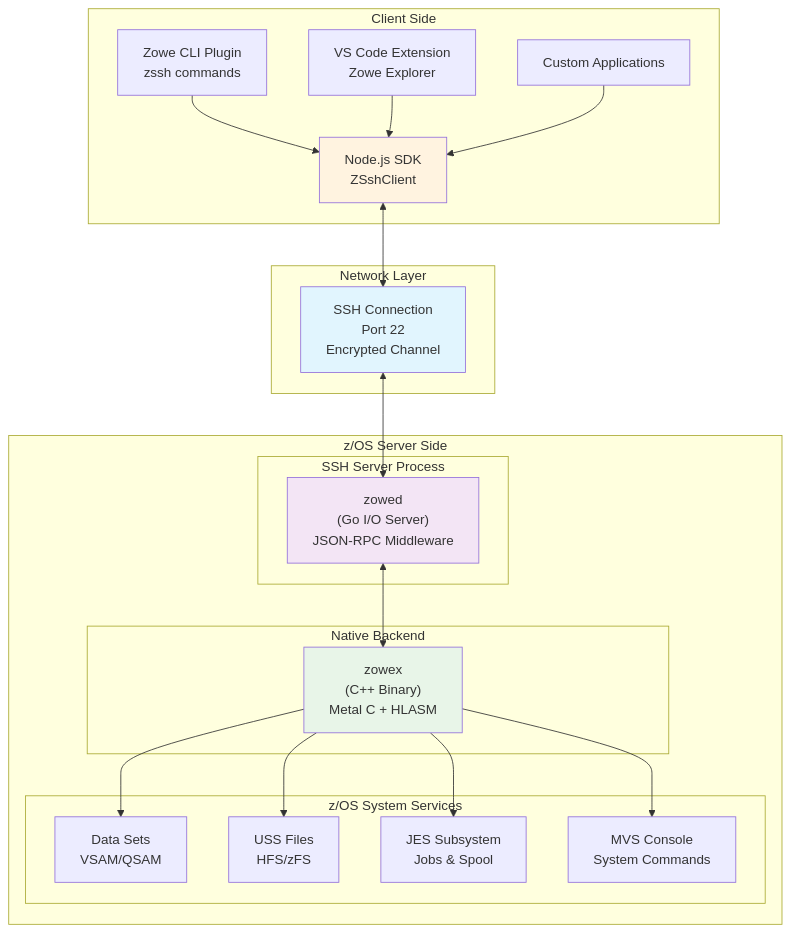
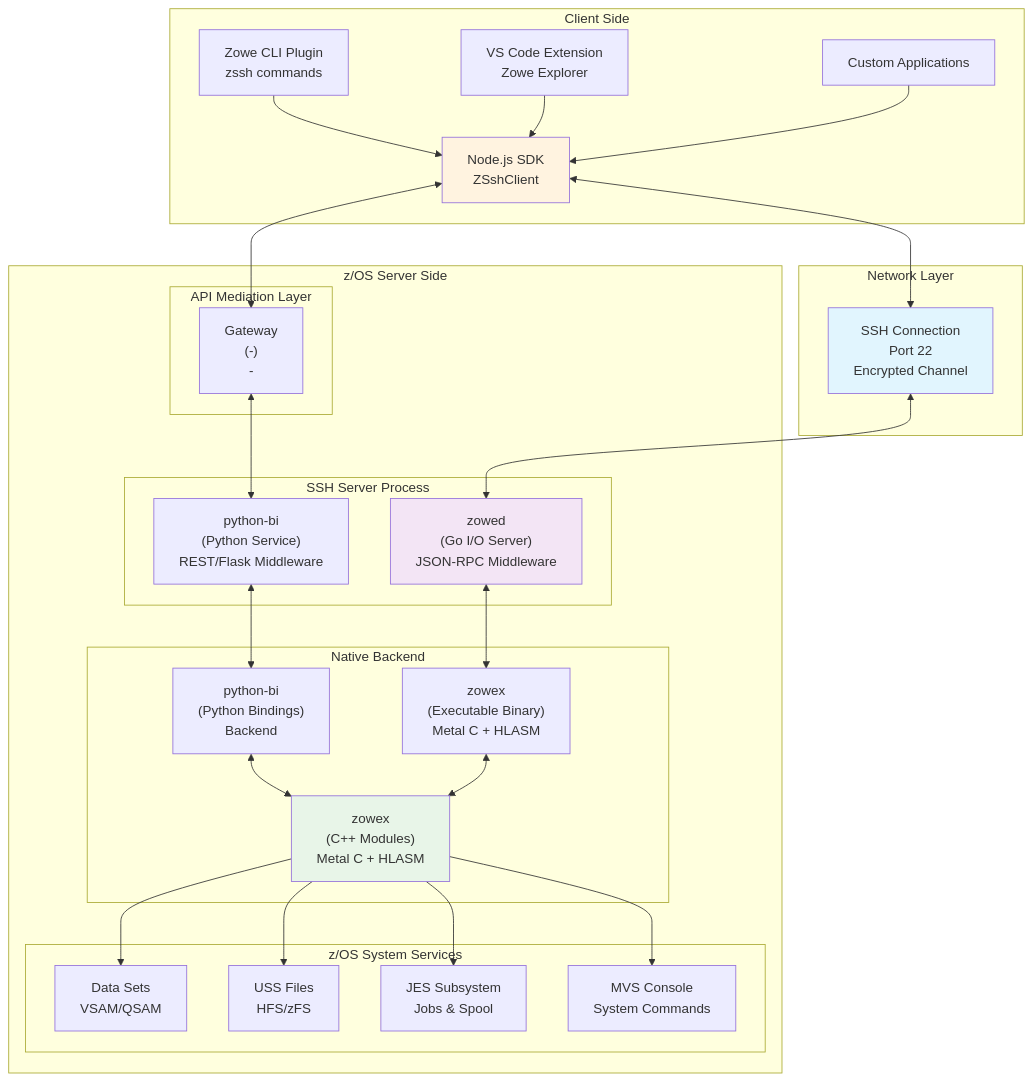
One commit to zowe/zowe-native-proto changed the first of 13 diagrams in doc/architecture-comparisons.md. Above: the diagram before and after it, drawn with Mermaid.

````diff
--- a/doc/architecture-comparisons.md
+++ b/doc/architecture-comparisons.md
@@ -9,47 +9,58 @@
 ```mermaid
 graph TB
     subgraph "Client Side"
         CLI["Zowe CLI Plugin<br/>zssh commands"]
         VSC["VS Code Extension<br/>Zowe Explorer"]
         SDK["Node.js SDK<br/>ZSshClient"]
         APP["Custom Applications"]
 
         CLI --> SDK
         VSC --> SDK
         APP --> SDK
     end
 
     subgraph "Network Layer"
         SSH["SSH Connection<br/>Port 22<br/>Encrypted Channel"]
     end
 
     subgraph "z/OS Server Side"
+        subgraph "API Mediation Layer"
+            ZOWEA["Gateway<br/>(-)<br/>-"]
+        end
         subgraph "SSH Server Process"
             ZOWED["zowed<br/>(Go I/O Server)<br/>JSON-RPC Middleware"]
+            ZOWEP["python-bi<br/>(Python Service)<br/>REST/Flask Middleware"]
         end
 
         subgraph "Native Backend"
-            ZOWEX["zowex<br/>(C++ Binary)<br/>Metal C + HLASM"]
+            ZOWEX2["zowex<br/>(Executable Binary)<br/>Metal C + HLASM"]
+            ZOWEP2["python-bi<br/>(Python Bindings)<br/>Backend"]
+            ZOWEX["zowex<br/>(C++ Modules)<br/>Metal C + HLASM"]
         end
 
         subgraph "z/OS System Services"
             DS["Data Sets<br/>VSAM/QSAM"]
             USS["USS Files<br/>HFS/zFS"]
             JES["JES Subsystem<br/>Jobs & Spool"]
             MVS["MVS Console<br/>System Commands"]
         end
     end
 
     SDK <--> SSH
+    SDK <--> ZOWEA
     SSH <--> ZOWED
-    ZOWED <--> ZOWEX
+    ZOWEA <--> ZOWEP
+    ZOWEP <--> ZOWEP2
+    ZOWEP2 <--> ZOWEX
+    ZOWED <--> ZOWEX2
+    ZOWEX2 <--> ZOWEX
     ZOWEX --> DS
     ZOWEX --> USS
     ZOWEX --> JES
     ZOWEX --> MVS
 
     style SSH fill:#e1f5fe
     style ZOWED fill:#f3e5f5
     style ZOWEX fill:#e8f5e8
     style SDK fill:#fff3e0
 ```
````
